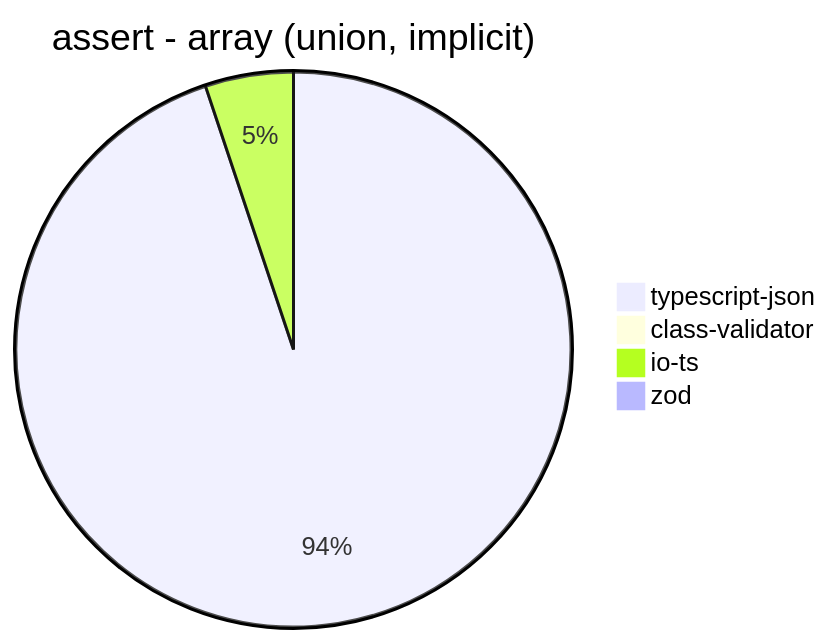
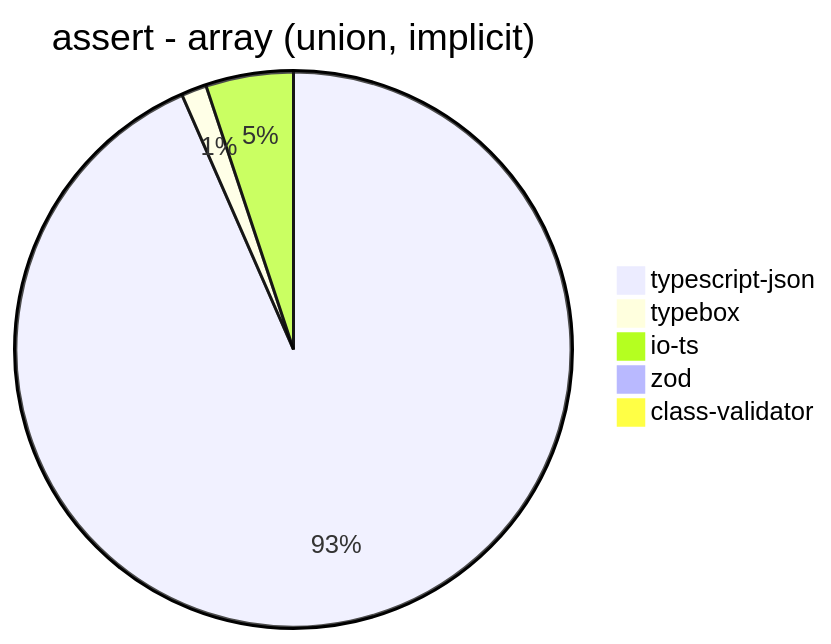
Diagram 15 of 39 in benchmark/results/11th Gen Intel(R) Core(TM) i5-1135G7 @ 2.40GHz.md (samchon/typia), drawn with Mermaid before and after one commit. The commit also changed other lines of this file and 16 other files, not shown here.

````diff
--- a/benchmark/results/11th Gen Intel(R) Core(TM) i5-1135G7 @ 2.40GHz.md
+++ b/benchmark/results/11th Gen Intel(R) Core(TM) i5-1135G7 @ 2.40GHz.md
@@ -172,7 +186,8 @@
 ```mermaid
 pie title assert - array (union, implicit)
-  "typescript-json": 1737.8818364733859
-  "class-validator": 9.279881217520416
-  "io-ts": 94.04332129963899
-  "zod": 3.6018957345971563
+  "typescript-json": 1695.8734775495363
+  "typebox": 26.750142287990894
+  "io-ts": 92.49183895538629
+  "zod": 3.5747883349012226
+  "class-validator": 8.654023200147302
 ```
````
